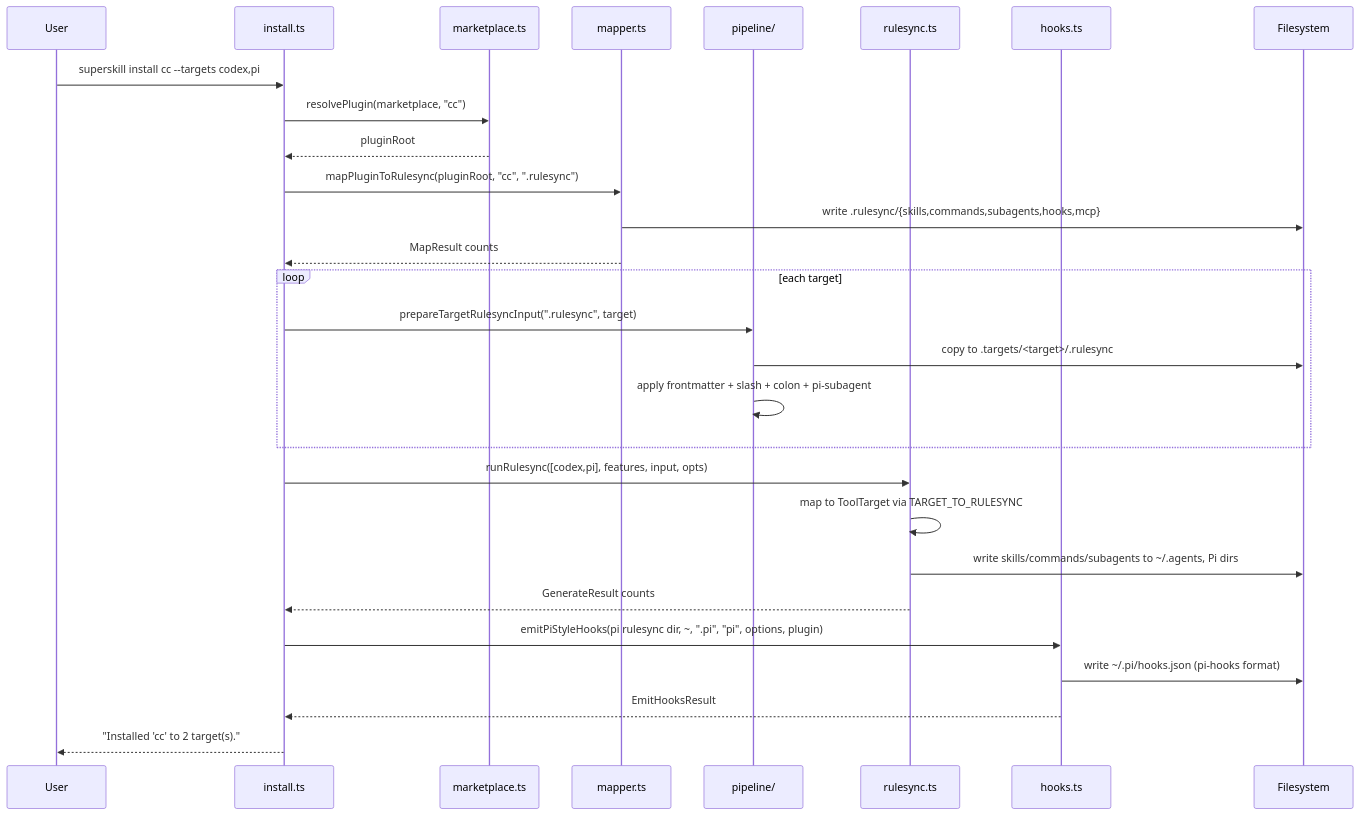
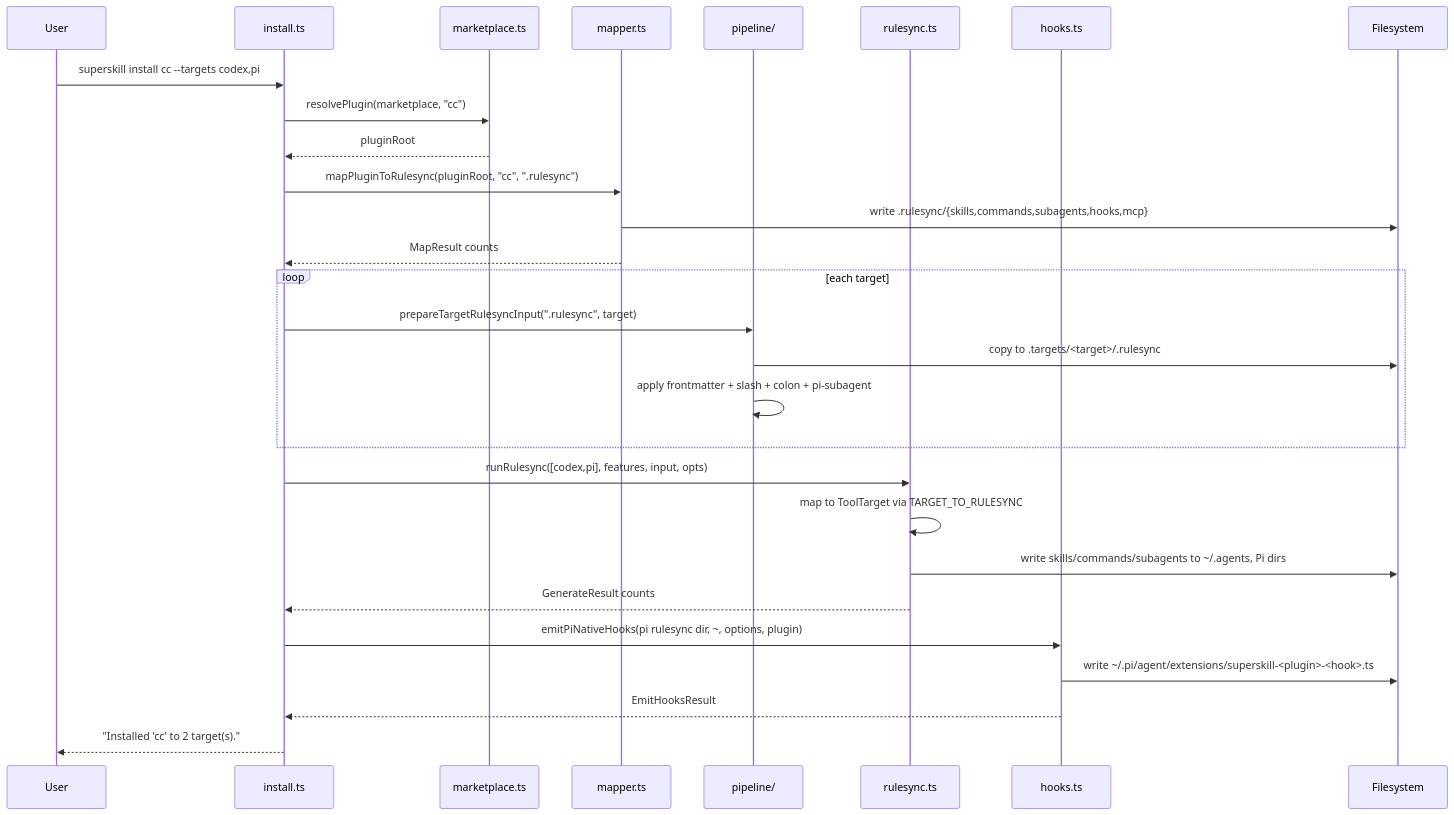
The fourth of 4 diagrams in docs/help/cmd_install.md (gobing-ai/superskill), drawn with Mermaid before and after one commit. The commit also changed other lines of this file and 12 other files, not shown here.

First line of the commit message:
docs(hook): mark the native Pi hook adapter implemented

````diff
--- a/docs/help/cmd_install.md
+++ b/docs/help/cmd_install.md
@@ -269,35 +271,35 @@
 ```mermaid
 sequenceDiagram
     participant User
     participant CLI as install.ts
     participant MP as marketplace.ts
     participant Map as mapper.ts
     participant Pipe as pipeline/
     participant RS as rulesync.ts
     participant H as hooks.ts
     participant FS as Filesystem
 
     User->>CLI: superskill install cc --targets codex,pi
     CLI->>MP: resolvePlugin(marketplace, "cc")
     MP-->>CLI: pluginRoot
     CLI->>Map: mapPluginToRulesync(pluginRoot, "cc", ".rulesync")
     Map->>FS: write .rulesync/{skills,commands,subagents,hooks,mcp}
     Map-->>CLI: MapResult counts
 
     loop each target
         CLI->>Pipe: prepareTargetRulesyncInput(".rulesync", target)
         Pipe->>FS: copy to .targets/<target>/.rulesync
         Pipe->>Pipe: apply frontmatter + slash + colon + pi-subagent
     end
 
     CLI->>RS: runRulesync([codex,pi], features, input, opts)
     RS->>RS: map to ToolTarget via TARGET_TO_RULESYNC
     RS->>FS: write skills/commands/subagents to ~/.agents, Pi dirs
     RS-->>CLI: GenerateResult counts
 
-    CLI->>H: emitPiStyleHooks(pi rulesync dir, ~, ".pi", "pi", options, plugin)
-    H->>FS: write ~/.pi/hooks.json (pi-hooks format)
+    CLI->>H: emitPiNativeHooks(pi rulesync dir, ~, options, plugin)
+    H->>FS: write ~/.pi/agent/extensions/superskill-<plugin>-<hook>.ts
     H-->>CLI: EmitHooksResult
 
     CLI-->>User: "Installed 'cc' to 2 target(s)."
 ```
````
